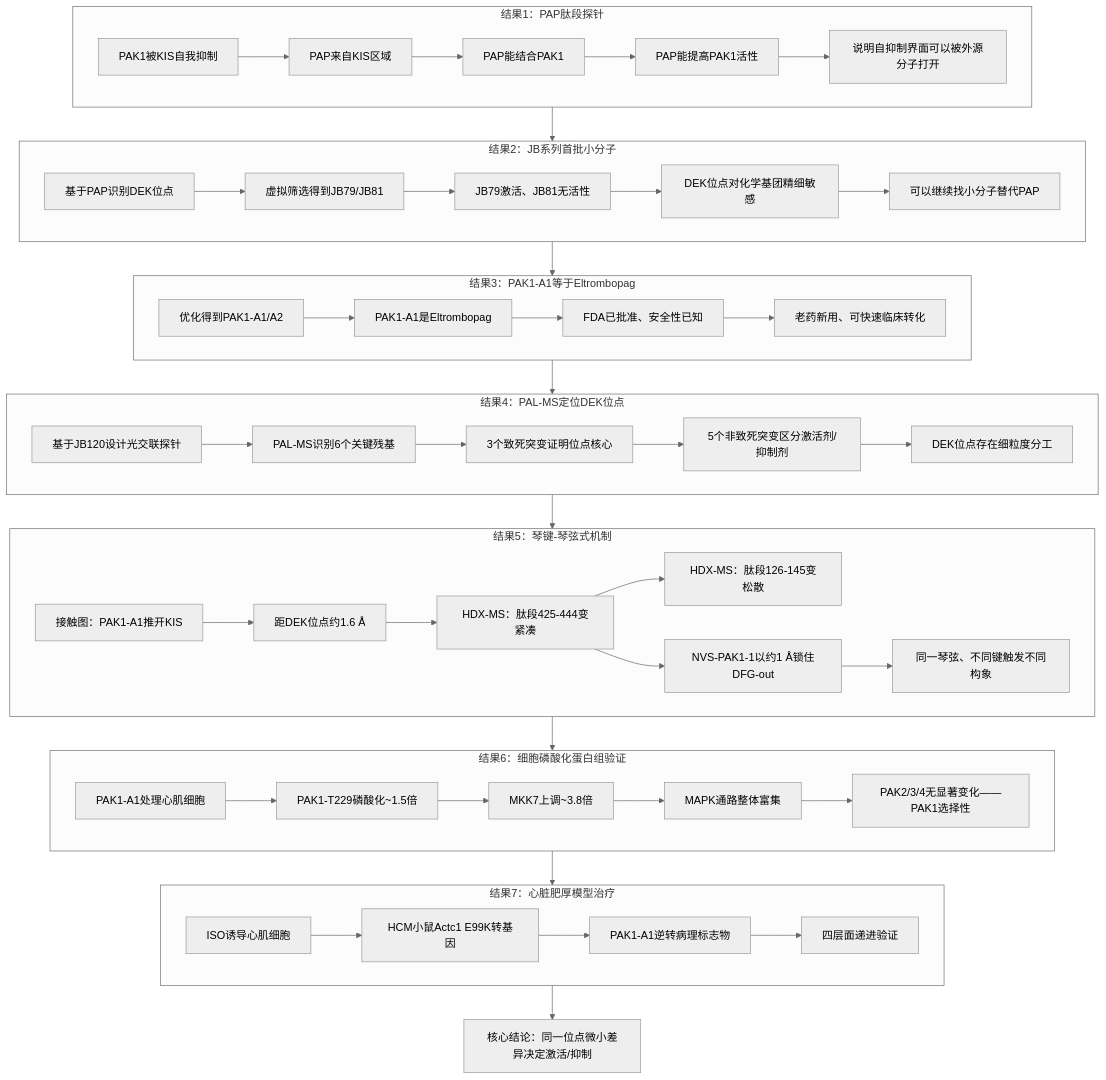
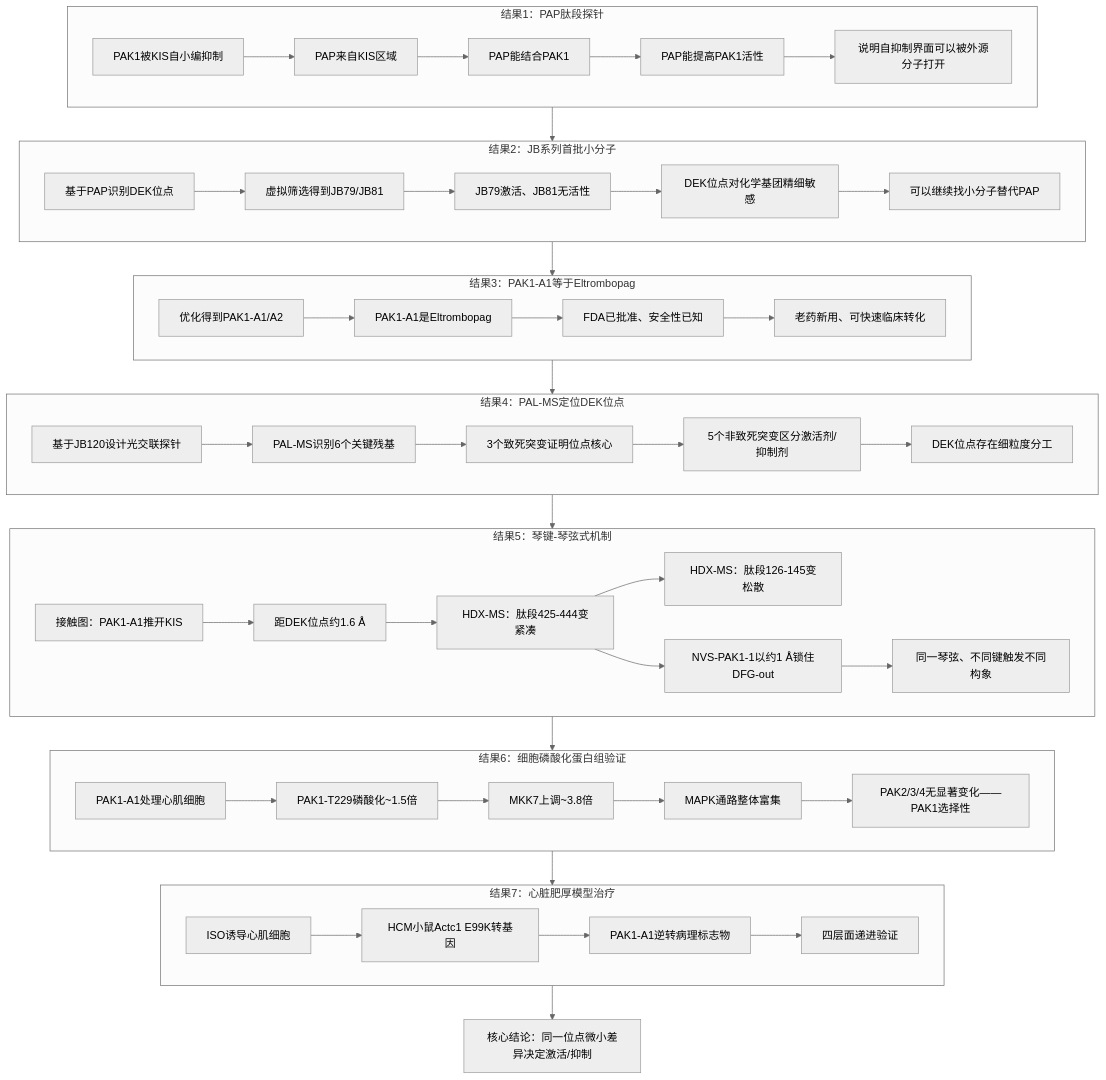
One commit to gxf1212/mendelevium changed the diagram in _pages/Drug Design/2026-06-28-pak1-activators.md. Above: the diagram before and after it, drawn with Mermaid (neutral theme). The commit also changed other lines of this file and 3 other files, not shown here.

````diff
--- a/_pages/Drug Design/2026-06-28-pak1-activators.md
+++ b/_pages/Drug Design/2026-06-28-pak1-activators.md
@@ -105,71 +105,71 @@
 ```mermaid
 graph TB
     subgraph R1["结果1：PAP肽段探针"]
-        A1["PAK1被KIS自我抑制"]
+        A1["PAK1被KIS自小编抑制"]
         A2["PAP来自KIS区域"]
         A3["PAP能结合PAK1"]
         A4["PAP能提高PAK1活性"]
         A5["说明自抑制界面可以被外源分子打开"]
         A1 --> A2 --> A3 --> A4 --> A5
     end
 
     subgraph R2["结果2：JB系列首批小分子"]
         B1["基于PAP识别DEK位点"]
         B2["虚拟筛选得到JB79/JB81"]
         B3["JB79激活、JB81无活性"]
         B4["DEK位点对化学基团精细敏感"]
         B5["可以继续找小分子替代PAP"]
         B1 --> B2 --> B3 --> B4 --> B5
     end
 
     subgraph R3["结果3：PAK1-A1等于Eltrombopag"]
         C1["优化得到PAK1-A1/A2"]
         C2["PAK1-A1是Eltrombopag"]
         C3["FDA已批准、安全性已知"]
         C4["老药新用、可快速临床转化"]
         C1 --> C2 --> C3 --> C4
     end
 
     subgraph R4["结果4：PAL-MS定位DEK位点"]
         D1["基于JB120设计光交联探针"]
         D2["PAL-MS识别6个关键残基"]
         D3["3个致死突变证明位点核心"]
         D4["5个非致死突变区分激活剂/抑制剂"]
         D5["DEK位点存在细粒度分工"]
         D1 --> D2 --> D3 --> D4 --> D5
     end
 
     subgraph R5["结果5：琴键-琴弦式机制"]
         E1["接触图：PAK1-A1推开KIS"]
         E2["距DEK位点约1.6 Å"]
         E3["HDX-MS：肽段425-444变紧凑"]
         E4["HDX-MS：肽段126-145变松散"]
         E5["NVS-PAK1-1以约1 Å锁住DFG-out"]
         E6["同一琴弦、不同键触发不同构象"]
         E1 --> E2 --> E3 --> E4
         E3 --> E5
         E5 --> E6
     end
 
     subgraph R6["结果6：细胞磷酸化蛋白组验证"]
         F1["PAK1-A1处理心肌细胞"]
         F2["PAK1-T229磷酸化~1.5倍"]
         F3["MKK7上调~3.8倍"]
         F4["MAPK通路整体富集"]
         F5["PAK2/3/4无显著变化——PAK1选择性"]
         F1 --> F2 --> F3 --> F4 --> F5
     end
 
     subgraph R7["结果7：心脏肥厚模型治疗"]
         G1["ISO诱导心肌细胞"]
         G2["HCM小鼠Actc1 E99K转基因"]
         G3["PAK1-A1逆转病理标志物"]
         G4["四层面递进验证"]
         G1 --> G2 --> G3 --> G4
     end
 
     R1 --> R2 --> R3 --> R4 --> R5 --> R6 --> R7
 
     H["核心结论：同一位点微小差异决定激活/抑制"]
     R7 --> H
 ```
````
